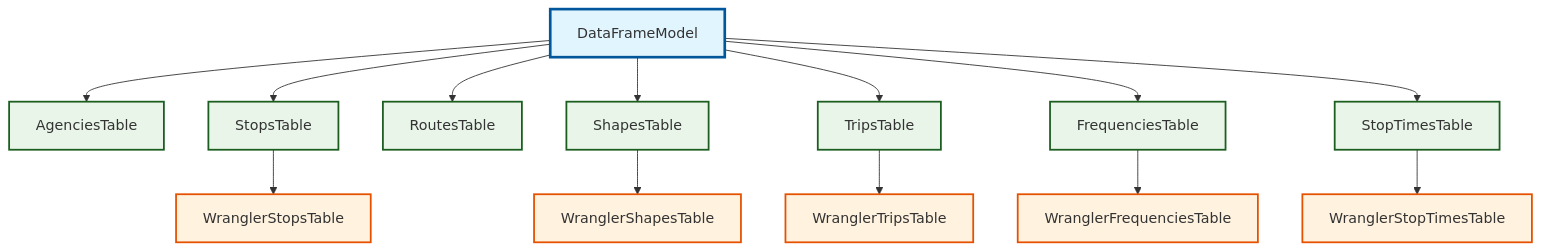
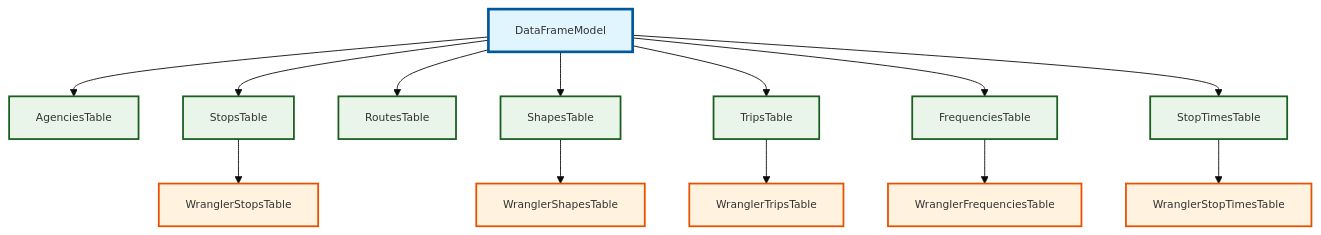
The third of 3 diagrams in docs/data_models.md (BayAreaMetro/network_wrangler), drawn with Mermaid before and after one commit. The commit also changed other lines of this file, not shown here.

Commit message:
Add object containment diagram

````diff
--- a/docs/data_models.md
+++ b/docs/data_models.md
@@ -32,39 +109,40 @@
 ```mermaid
+%%{init: {'theme':'base', 'themeVariables': {'fontSize': '12px'}}}%%
 graph TD
     A["DataFrameModel"]
     A --> B["AgenciesTable"]
     A --> C["StopsTable"]
     A --> D["RoutesTable"]
     A --> E["ShapesTable"]
     A --> F["TripsTable"]
     A --> G["FrequenciesTable"]
     A --> H["StopTimesTable"]
     
     C --> I["WranglerStopsTable"]
     E --> J["WranglerShapesTable"]
     F --> K["WranglerTripsTable"]
     G --> L["WranglerFrequenciesTable"]
     H --> M["WranglerStopTimesTable"]
     
     click A "https://pandera.readthedocs.io/en/stable/reference/generated/pandera.api.pandas.model.DataFrameModel.html"
     click B "../api_transit/#network_wrangler.models.gtfs.tables.AgenciesTable"
     click C "../api_transit/#network_wrangler.models.gtfs.tables.StopsTable"
     click D "../api_transit/#network_wrangler.models.gtfs.tables.RoutesTable"
     click E "../api_transit/#network_wrangler.models.gtfs.tables.ShapesTable"
     click F "../api_transit/#network_wrangler.models.gtfs.tables.TripsTable"
     click G "../api_transit/#network_wrangler.models.gtfs.tables.FrequenciesTable"
     click H "../api_transit/#network_wrangler.models.gtfs.tables.StopTimesTable"
     click I "../api_transit/#network_wrangler.models.gtfs.tables.WranglerStopsTable"
     click J "../api_transit/#network_wrangler.models.gtfs.tables.WranglerShapesTable"
     click K "../api_transit/#network_wrangler.models.gtfs.tables.WranglerTripsTable"
     click L "../api_transit/#network_wrangler.models.gtfs.tables.WranglerFrequenciesTable"
     click M "../api_transit/#network_wrangler.models.gtfs.tables.WranglerStopTimesTable"
     
     classDef pandera fill:#e1f5fe,stroke:#01579b,stroke-width:3px
     classDef gtfs fill:#e8f5e8,stroke:#1b5e20,stroke-width:2px
     classDef wrangler fill:#fff3e0,stroke:#e65100,stroke-width:2px
     
     class A pandera
     class B,C,D,E,F,G,H gtfs
     class I,J,K,L,M wrangler
 ```
````
